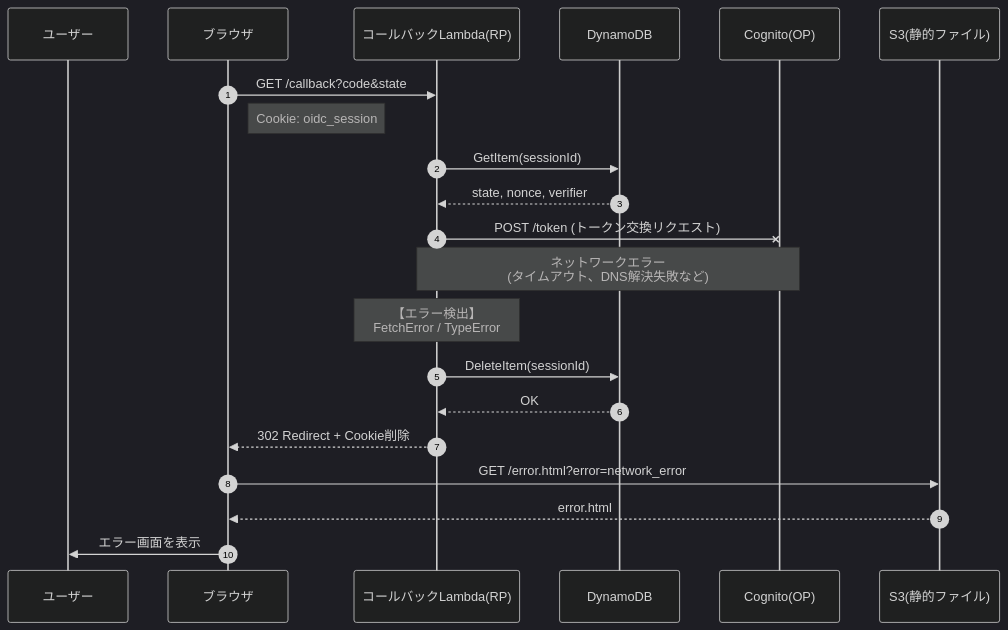
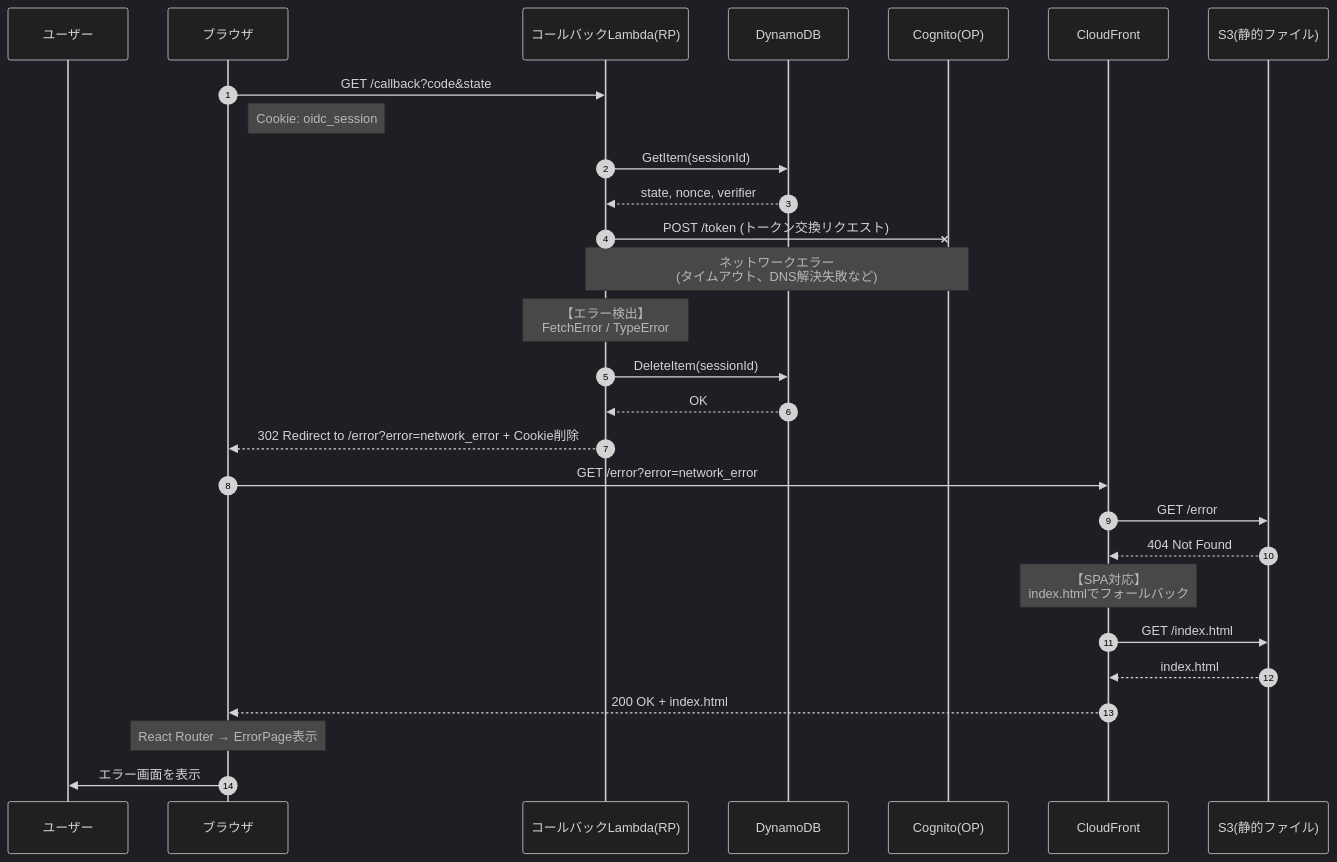
The fifth of 8 diagrams in docs/backend-design.md (kasiopeiya/oidc-learning-sandbox), drawn with Mermaid (dark theme) before and after one commit. The commit also changed other lines of this file and 27 other files, not shown here.

````diff
--- a/docs/backend-design.md
+++ b/docs/backend-design.md
@@ -212,30 +238,37 @@
 ```mermaid
 sequenceDiagram
     autonumber
     participant User as ユーザー
     participant Browser as ブラウザ
     participant L2 as コールバックLambda(RP)
     participant DDB as DynamoDB
     participant OP as Cognito(OP)
+    participant CF as CloudFront
     participant S3 as S3(静的ファイル)
 
     Browser->>L2: GET /callback?code&state
     Note right of Browser: Cookie: oidc_session
 
     L2->>DDB: GetItem(sessionId)
     DDB-->>L2: state, nonce, verifier
 
     L2-xOP: POST /token (トークン交換リクエスト)
 
     Note over L2,OP: ネットワークエラー<br/>(タイムアウト、DNS解決失敗など)
 
     Note over L2: 【エラー検出】<br/>FetchError / TypeError
 
     L2->>DDB: DeleteItem(sessionId)
     DDB-->>L2: OK
 
-    L2-->>Browser: 302 Redirect + Cookie削除
-    Browser->>S3: GET /error.html?error=network_error
-    S3-->>Browser: error.html
+    L2-->>Browser: 302 Redirect to /error?error=network_error + Cookie削除
+    Browser->>CF: GET /error?error=network_error
+    CF->>S3: GET /error
+    S3-->>CF: 404 Not Found
+    Note over CF: 【SPA対応】<br/>index.htmlでフォールバック
+    CF->>S3: GET /index.html
+    S3-->>CF: index.html
+    CF-->>Browser: 200 OK + index.html
+    Note over Browser: React Router → ErrorPage表示
     Browser->>User: エラー画面を表示
 ```
````
